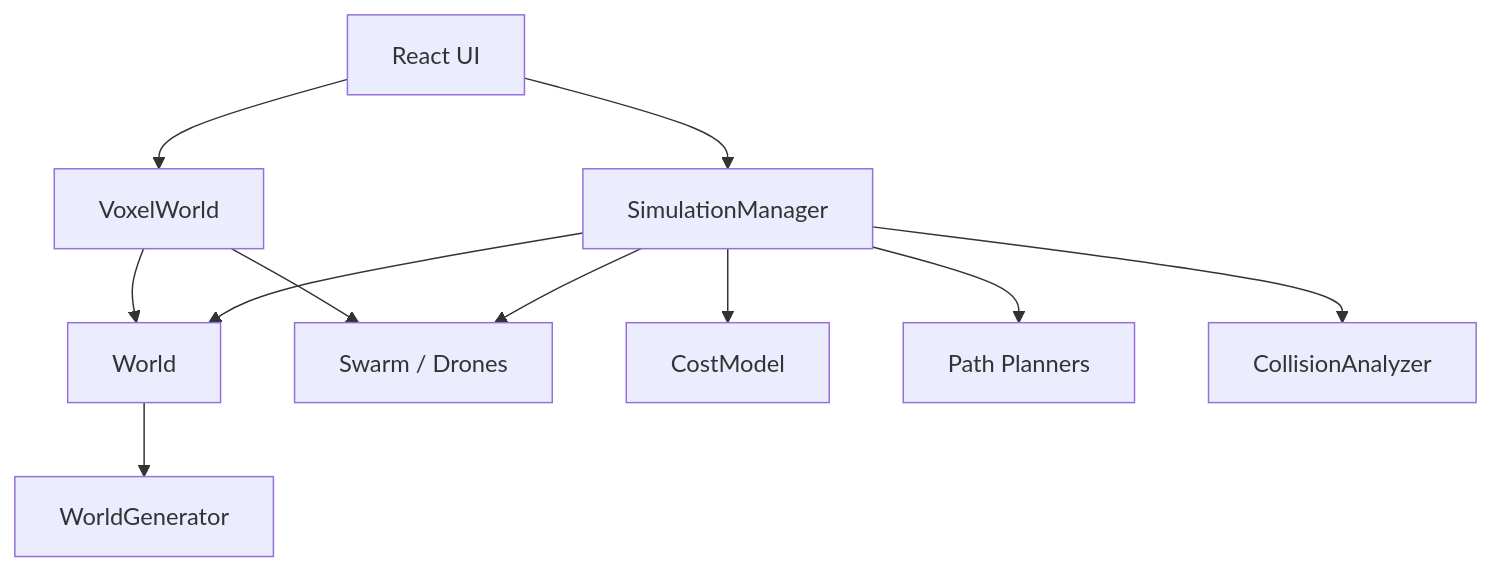
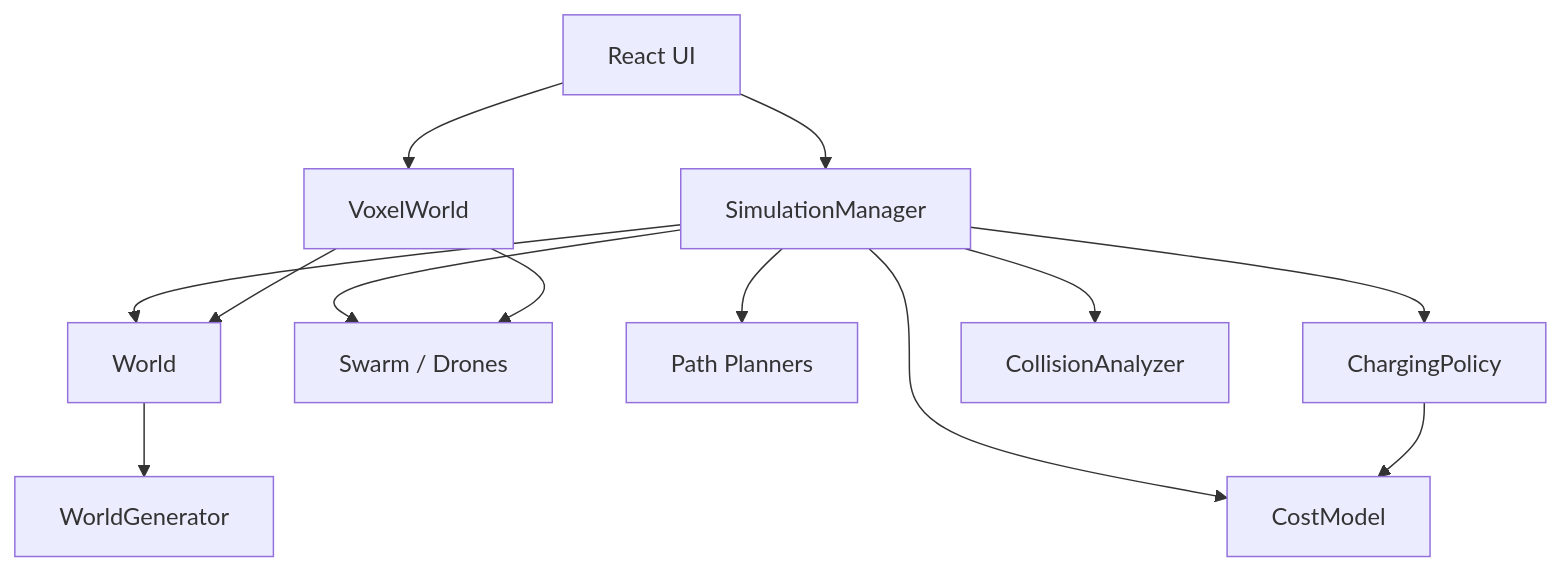
The diagram in documentation/architecture.md (luizgiacomossi/Multi-Agent-UAV-Warehouse), drawn with Mermaid before and after one commit. The commit also changed other lines of this file and 3 other files, not shown here.

````diff
--- a/documentation/architecture.md
+++ b/documentation/architecture.md
@@ -82,13 +94,15 @@
 ```mermaid
 graph TD
     UI["React UI"] --> SM["SimulationManager"]
     SM --> W["World"]
     SM --> S["Swarm / Drones"]
     SM --> CM["CostModel"]
     SM --> PP["Path Planners"]
+    SM --> CP["ChargingPolicy"]
+    CP --> CM
     W --> WG["WorldGenerator"]
     SM --> CA["CollisionAnalyzer"]
     UI --> VW["VoxelWorld"]
     VW --> S
     VW --> W
 ```
````
